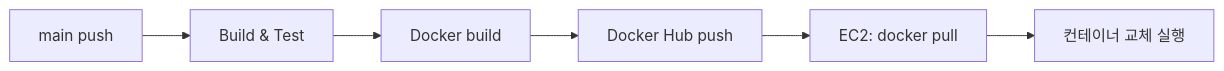
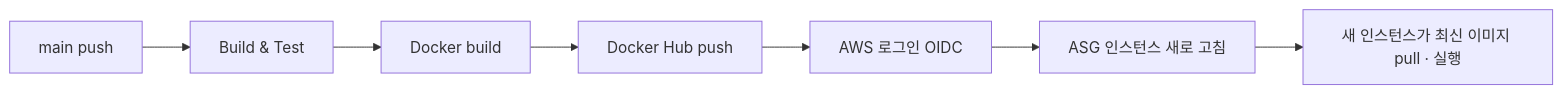
One commit to euneuneun/aws-cloud-practice changed the diagram in docs/INFRA.md. Above: the diagram before and after it, drawn with Mermaid. The commit also changed other lines of this file and 3 other files, not shown here.

````diff
--- a/docs/INFRA.md
+++ b/docs/INFRA.md
@@ -151,8 +160,9 @@
 ```mermaid
 flowchart LR
     A[main push] --> B[Build & Test]
     B --> C[Docker build]
     C --> D[Docker Hub push]
-    D --> E[EC2: docker pull]
-    E --> F[컨테이너 교체 실행]
+    D --> E[AWS 로그인 OIDC]
+    E --> F[ASG 인스턴스 새로 고침]
+    F --> G[새 인스턴스가 최신 이미지 pull · 실행]
 ```
````
